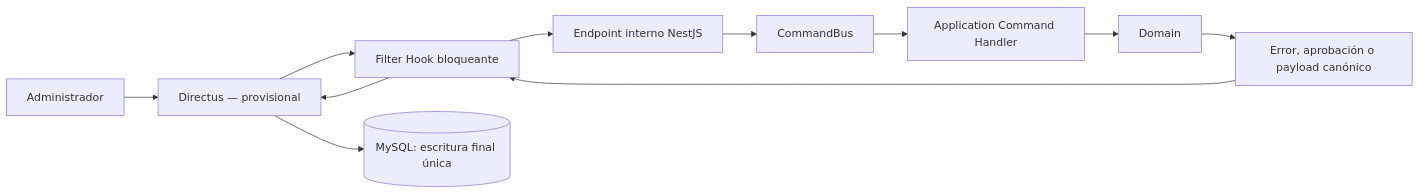
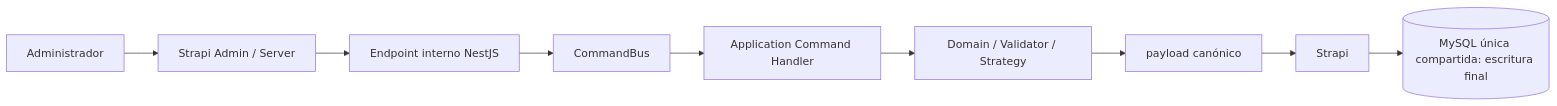
The fourth of 9 diagrams in docs/ARCHITECTURE.md (cromaticacreativa/project-cromaticacreativa-web), drawn with Mermaid before and after one commit. The commit also changed other lines of this file and 90 other files, not shown here.

````diff
--- a/docs/ARCHITECTURE.md
+++ b/docs/ARCHITECTURE.md
@@ -107,13 +115,11 @@
 ```mermaid
 flowchart LR
-    administrador["Administrador"] --> directus["Directus — provisional"]
-    directus --> hook["Filter Hook bloqueante"]
-    hook --> endpoint["Endpoint interno NestJS"]
+    administrador["Administrador"] --> strapi["Strapi Admin / Server"]
+    strapi --> endpoint["Endpoint interno NestJS"]
     endpoint --> commandBus["CommandBus"]
     commandBus --> commandHandler["Application Command Handler"]
-    commandHandler --> domain["Domain"]
-    domain --> result["Error, aprobación o payload canónico"]
-    result --> hook
-    hook --> directus
-    directus --> mysql[("MySQL: escritura final única")]
+    commandHandler --> domain["Domain / Validator / Strategy"]
+    domain --> payload["payload canónico"]
+    payload --> strapi2["Strapi"]
+    strapi2 --> mysql[("MySQL única compartida: escritura final")]
 ```
````
